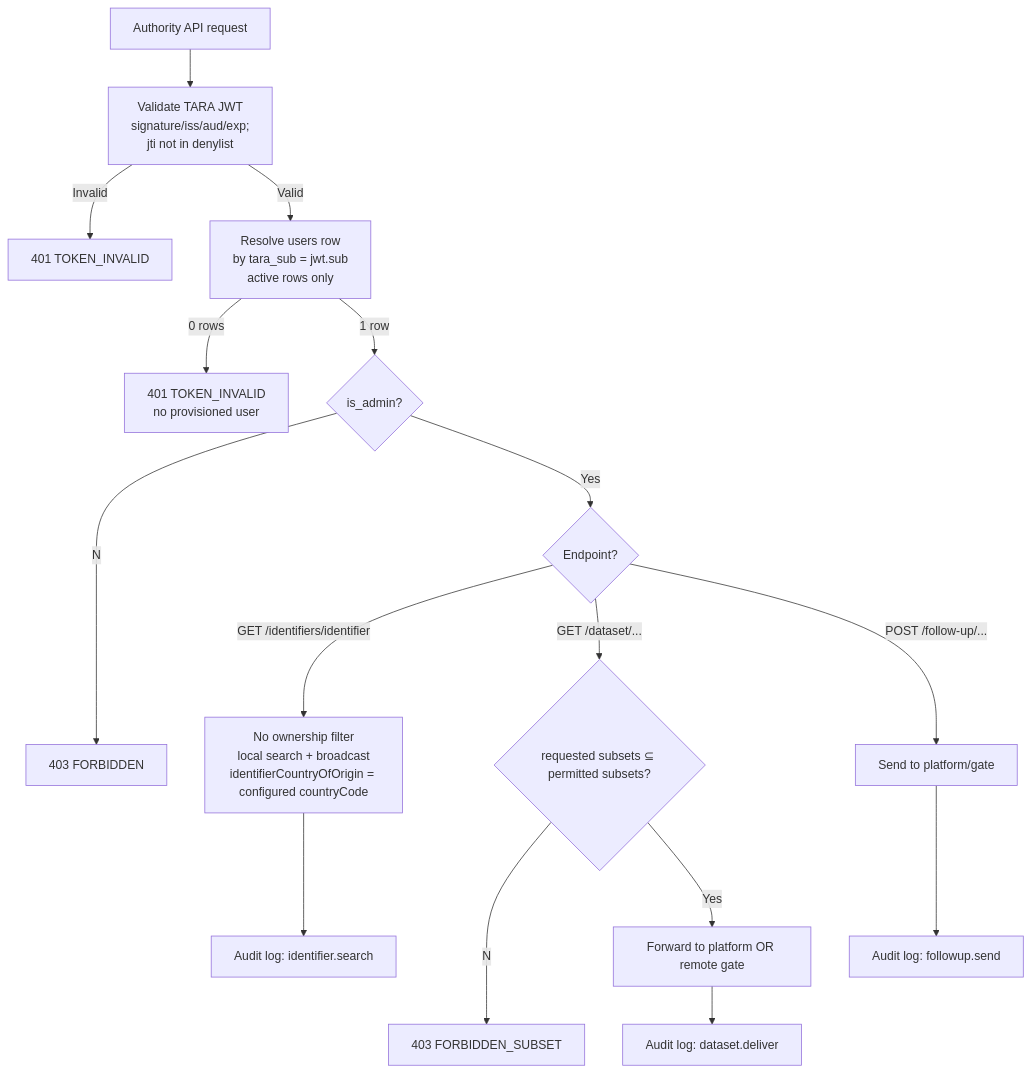
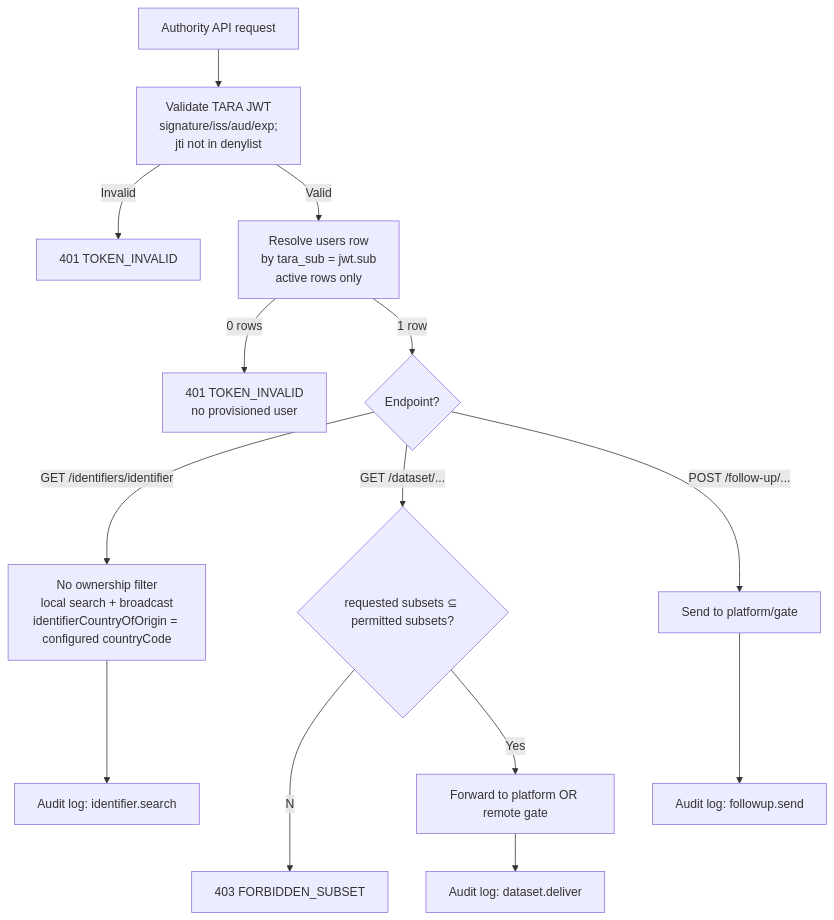
The third of 4 diagrams in docs/specs/permissions-matrix.md (kemit-ee/efti-gate-ee), drawn with Mermaid before and after one commit. The commit also changed other lines of this file and 49 other files, not shown here.

````diff
--- a/docs/specs/permissions-matrix.md
+++ b/docs/specs/permissions-matrix.md
@@ -147,18 +146,16 @@
 ```mermaid
 flowchart TD
     REQ[Authority API request] --> JWT[Validate TARA JWT<br/>signature/iss/aud/exp;<br/>jti not in denylist]
     JWT --Invalid--> R401[401 TOKEN_INVALID]
     JWT --Valid--> LOOK[Resolve users row<br/>by tara_sub = jwt.sub<br/>active rows only]
     LOOK --0 rows--> R401N[401 TOKEN_INVALID<br/>no provisioned user]
-    LOOK --1 row--> ROLE{is_admin?}
-    ROLE --No--> R403[403 FORBIDDEN]
-    ROLE --Yes--> ROUTE{Endpoint?}
+    LOOK --1 row--> ROUTE{Endpoint?}
     ROUTE -->|GET /identifiers/identifier| SEARCH["No ownership filter<br/>local search + broadcast<br/>identifierCountryOfOrigin = configured countryCode"]
     ROUTE -->|GET /dataset/...| SUB{requested subsets ⊆ permitted subsets?}
     SUB --No--> R403S[403 FORBIDDEN_SUBSET]
     SUB --Yes--> FWD[Forward to platform OR remote gate]
     ROUTE -->|POST /follow-up/...| FU[Send to platform/gate]
     SEARCH --> AUD[Audit log: identifier.search]
     FWD --> AUD2[Audit log: dataset.deliver]
     FU --> AUD3[Audit log: followup.send]
 ```
````
